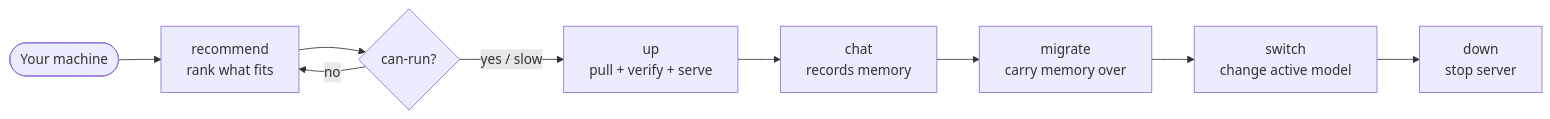
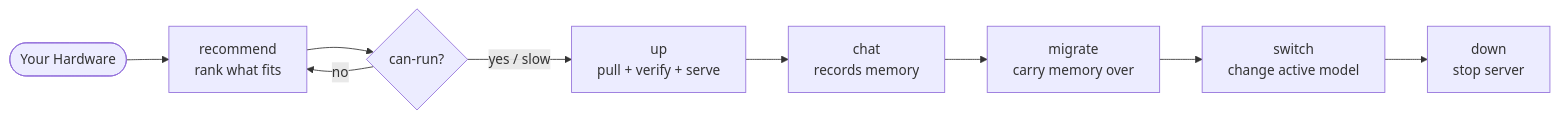
One commit to shashankswe2020-ux/local-llmup changed the first of 3 diagrams in README.md. Above: the diagram before and after it, drawn with Mermaid. The commit also changed other lines of this file and 42 other files, not shown here.

````diff
--- a/README.md
+++ b/README.md
@@ -165,11 +117,11 @@
 ```mermaid
 flowchart LR
-    HW([Your machine]) --> REC["recommend<br/>rank what fits"]
+    HW([Your Hardware]) --> REC["recommend<br/>rank what fits"]
     REC --> CR{"can-run?"}
     CR -- "yes / slow" --> UP["up<br/>pull + verify + serve"]
     CR -- "no" --> REC
     UP --> CHAT["chat<br/>records memory"]
     CHAT --> MIG["migrate<br/>carry memory over"]
     MIG --> SW["switch<br/>change active model"]
     SW --> DOWN["down<br/>stop server"]
 ```
````
